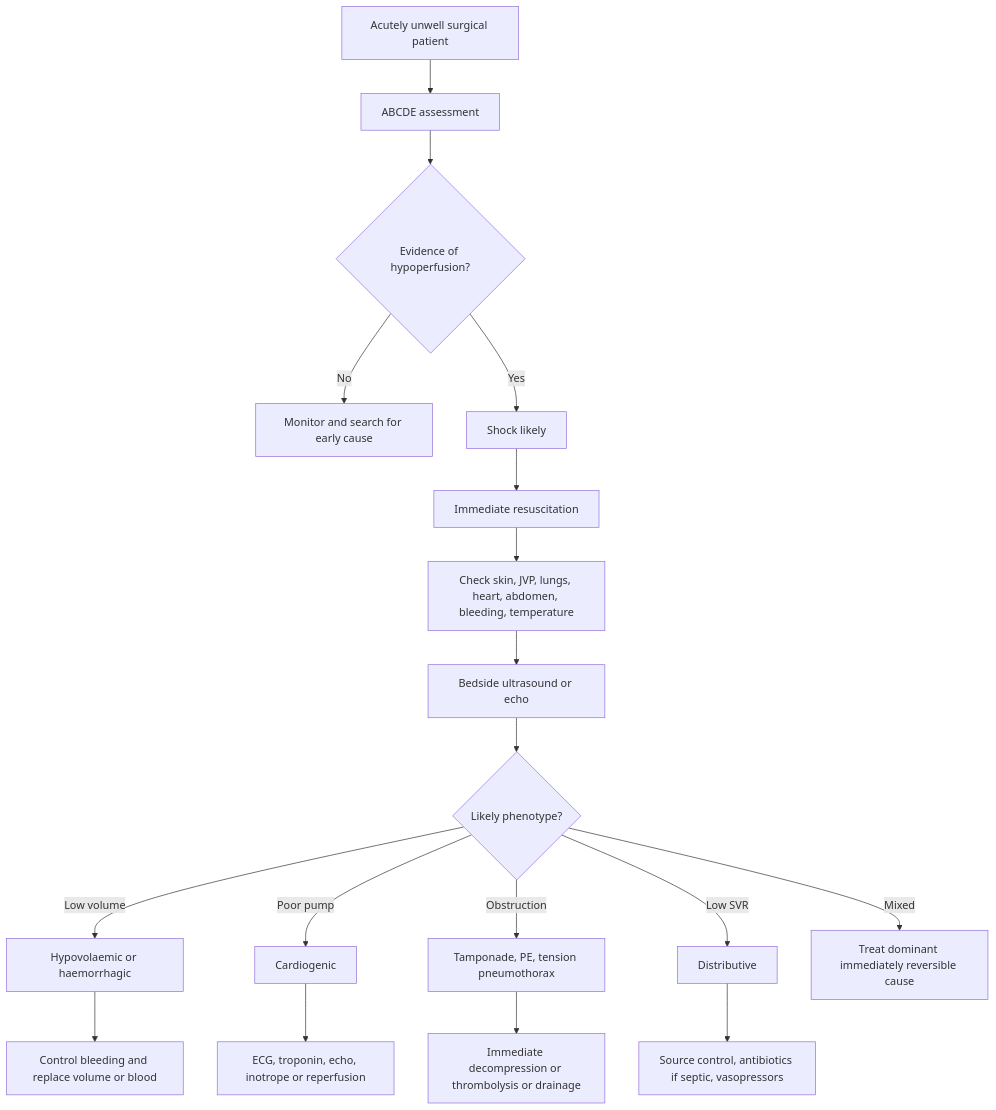
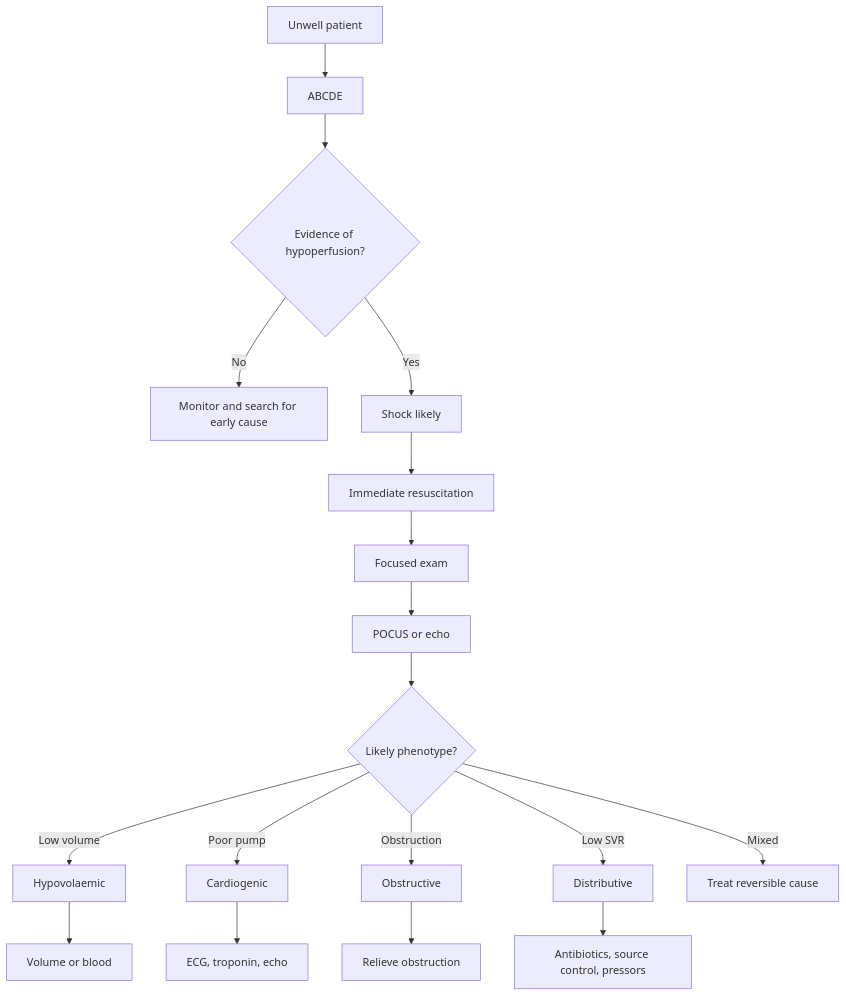
Before and after one commit to techjason/mbbspedia: the diagram in content/fragments/general-surgery/general-principles/shock/dx.mdx, drawn with Mermaid. The commit also changed 4 other files, not shown here.

Commit message:
Shorten shock and sepsis diagram labels

````diff
--- a/content/fragments/general-surgery/general-principles/shock/dx.mdx
+++ b/content/fragments/general-surgery/general-principles/shock/dx.mdx
@@ -23,23 +23,23 @@
 ```mermaid
 flowchart TD
-    A["Acutely unwell surgical patient"] --> B["ABCDE assessment"]
+    A["Unwell patient"] --> B["ABCDE"]
     B --> C{"Evidence of hypoperfusion?"}
     C -->|"No"| D["Monitor and search for early cause"]
     C -->|"Yes"| E["Shock likely"]
 
     E --> F["Immediate resuscitation"]
-    F --> G["Check skin, JVP, lungs, heart, abdomen, bleeding, temperature"]
-    G --> H["Bedside ultrasound or echo"]
+    F --> G["Focused exam"]
+    G --> H["POCUS or echo"]
 
     H --> I{"Likely phenotype?"}
-    I -->|"Low volume"| J["Hypovolaemic or haemorrhagic"]
+    I -->|"Low volume"| J["Hypovolaemic"]
     I -->|"Poor pump"| K["Cardiogenic"]
-    I -->|"Obstruction"| L["Tamponade, PE, tension pneumothorax"]
+    I -->|"Obstruction"| L["Obstructive"]
     I -->|"Low SVR"| M["Distributive"]
-    I -->|"Mixed"| N["Treat dominant immediately reversible cause"]
+    I -->|"Mixed"| N["Treat reversible cause"]
 
-    J --> O["Control bleeding and replace volume or blood"]
-    K --> P["ECG, troponin, echo, inotrope or reperfusion"]
-    L --> Q["Immediate decompression or thrombolysis or drainage"]
-    M --> R["Source control, antibiotics if septic, vasopressors"]
+    J --> O["Volume or blood"]
+    K --> P["ECG, troponin, echo"]
+    L --> Q["Relieve obstruction"]
+    M --> R["Antibiotics, source control, pressors"]
 ```
````
